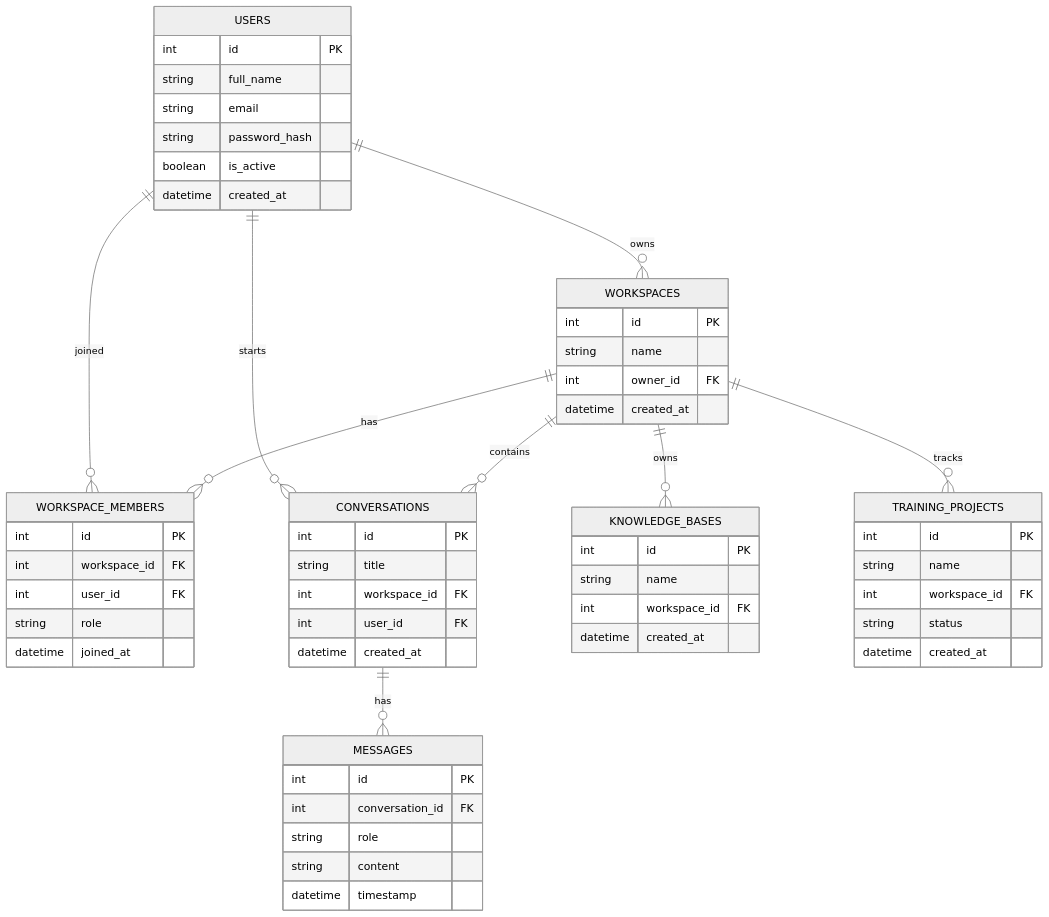
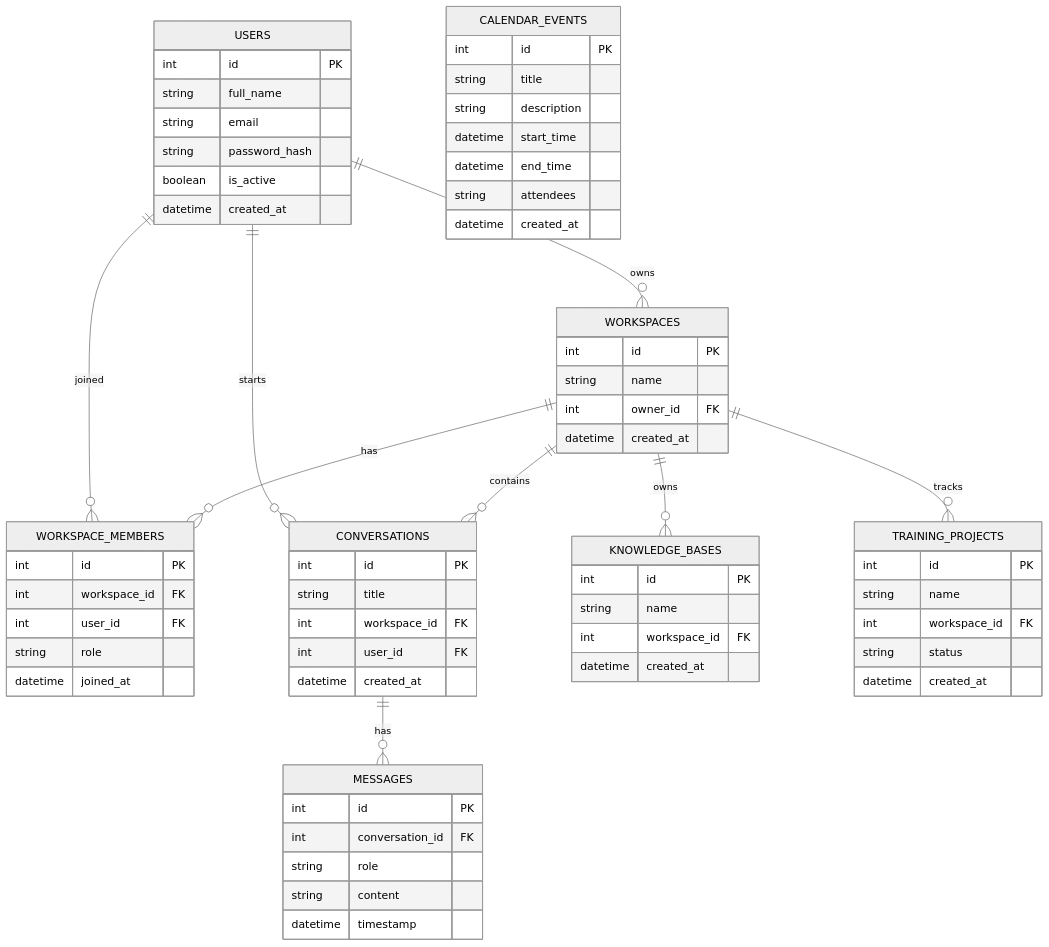
The fourth of 4 diagrams in README.md (vishvam26/Nexora-AI), drawn with Mermaid (neutral theme) before and after one commit. The commit also changed other lines of this file, not shown here.

````diff
--- a/README.md
+++ b/README.md
@@ -158,60 +194,69 @@
 ```mermaid
 erDiagram
     USERS {
         int id PK
         string full_name
         string email
         string password_hash
         boolean is_active
         datetime created_at
     }
     WORKSPACES {
         int id PK
         string name
         int owner_id FK
         datetime created_at
     }
     WORKSPACE_MEMBERS {
         int id PK
         int workspace_id FK
         int user_id FK
         string role
         datetime joined_at
     }
     CONVERSATIONS {
         int id PK
         string title
         int workspace_id FK
         int user_id FK
         datetime created_at
     }
     MESSAGES {
         int id PK
         int conversation_id FK
         string role
         string content
         datetime timestamp
     }
     KNOWLEDGE_BASES {
         int id PK
         string name
         int workspace_id FK
         datetime created_at
     }
     TRAINING_PROJECTS {
         int id PK
         string name
         int workspace_id FK
         string status
         datetime created_at
     }
+    CALENDAR_EVENTS {
+        int id PK
+        string title
+        string description
+        datetime start_time
+        datetime end_time
+        string attendees
+        datetime created_at
+    }
 
     USERS ||--o{ WORKSPACES : "owns"
     WORKSPACES ||--o{ WORKSPACE_MEMBERS : "has"
     USERS ||--o{ WORKSPACE_MEMBERS : "joined"
     WORKSPACES ||--o{ CONVERSATIONS : "contains"
     USERS ||--o{ CONVERSATIONS : "starts"
     CONVERSATIONS ||--o{ MESSAGES : "has"
     WORKSPACES ||--o{ KNOWLEDGE_BASES : "owns"
     WORKSPACES ||--o{ TRAINING_PROJECTS : "tracks"
 ```
````
